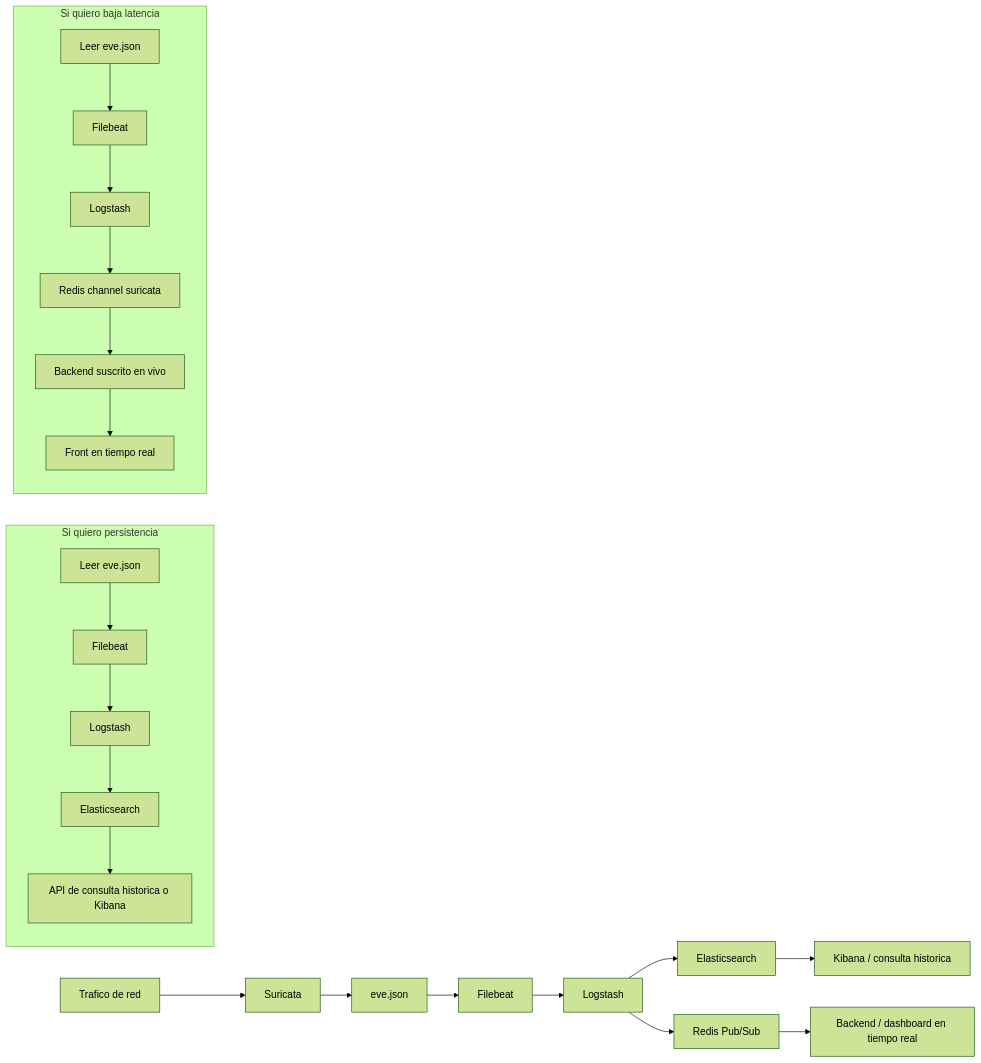
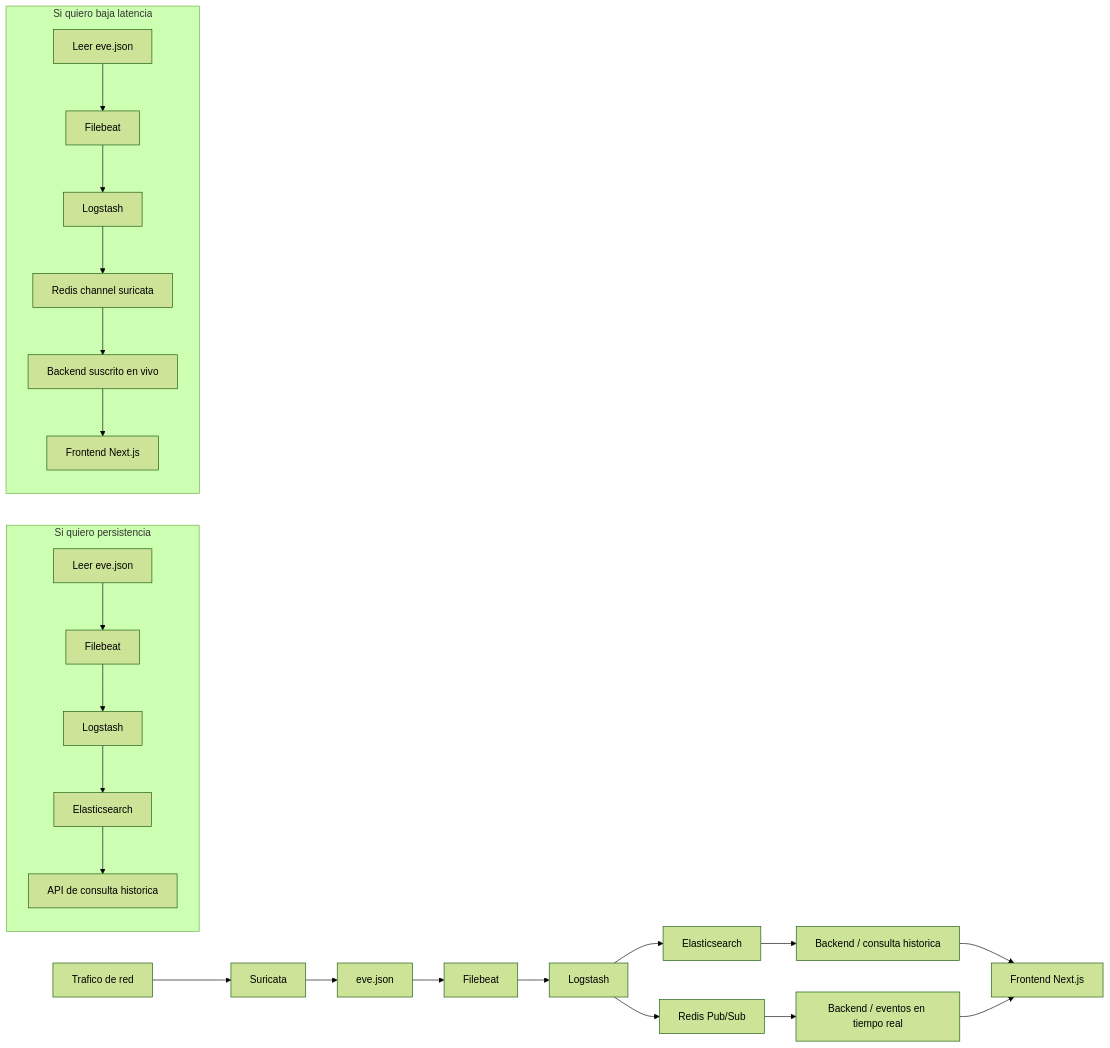
One commit to MauricioDMO/LPP0-P10-Sistema-Inteligente-de-Detecci-n-de-Intrusiones changed the diagram in Docs/01-Arquitectura/Flujo-y-Backend.md. Above: the diagram before and after it, drawn with Mermaid (forest theme). The commit also changed other lines of this file and 15 other files, not shown here.

Commit message:
docs(project): sync documentation with Next.js dashboard

````diff
--- a/Docs/01-Arquitectura/Flujo-y-Backend.md
+++ b/Docs/01-Arquitectura/Flujo-y-Backend.md
@@ -5,26 +5,28 @@
 ```mermaid
 flowchart LR
     A[Trafico de red] --> B[Suricata]
     B --> C[eve.json]
     C --> D[Filebeat]
     D --> E[Logstash]
     E --> F[Elasticsearch]
     E --> G[Redis Pub/Sub]
-    F --> H[Kibana / consulta historica]
-    G --> I[Backend / dashboard en tiempo real]
+    F --> H[Backend / consulta historica]
+    G --> I[Backend / eventos en tiempo real]
+    H --> K[Frontend Next.js]
+    I --> K
 
     subgraph Persistencia[Si quiero persistencia]
         C1[Leer eve.json] --> D1[Filebeat]
         D1 --> E1[Logstash]
         E1 --> F1[Elasticsearch]
-        F1 --> H1[API de consulta historica o Kibana]
+        F1 --> H1[API de consulta historica]
     end
 
     subgraph BajaLatencia[Si quiero baja latencia]
         C2[Leer eve.json] --> D2[Filebeat]
         D2 --> E2[Logstash]
         E2 --> G2[Redis channel suricata]
         G2 --> I2[Backend suscrito en vivo]
-        I2 --> J2[Front en tiempo real]
+        I2 --> J2[Frontend Next.js]
     end
 ```
````
